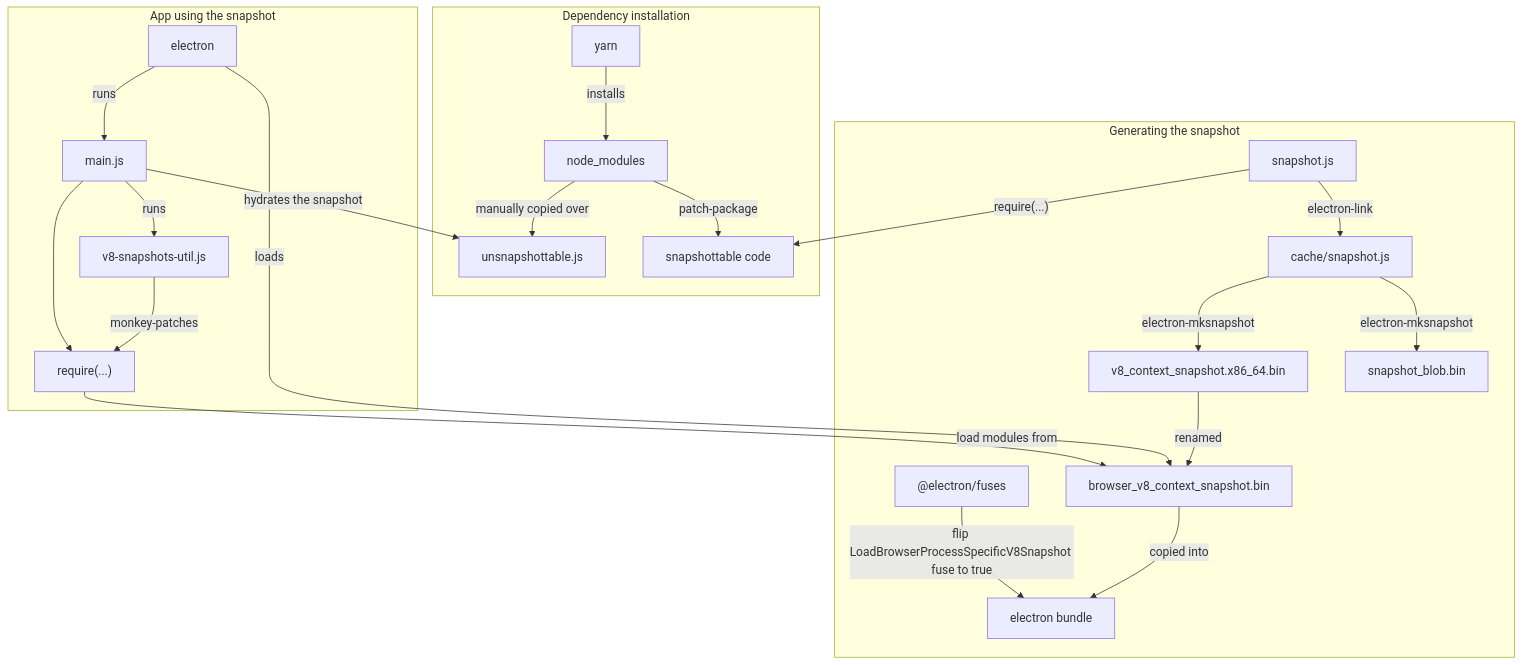
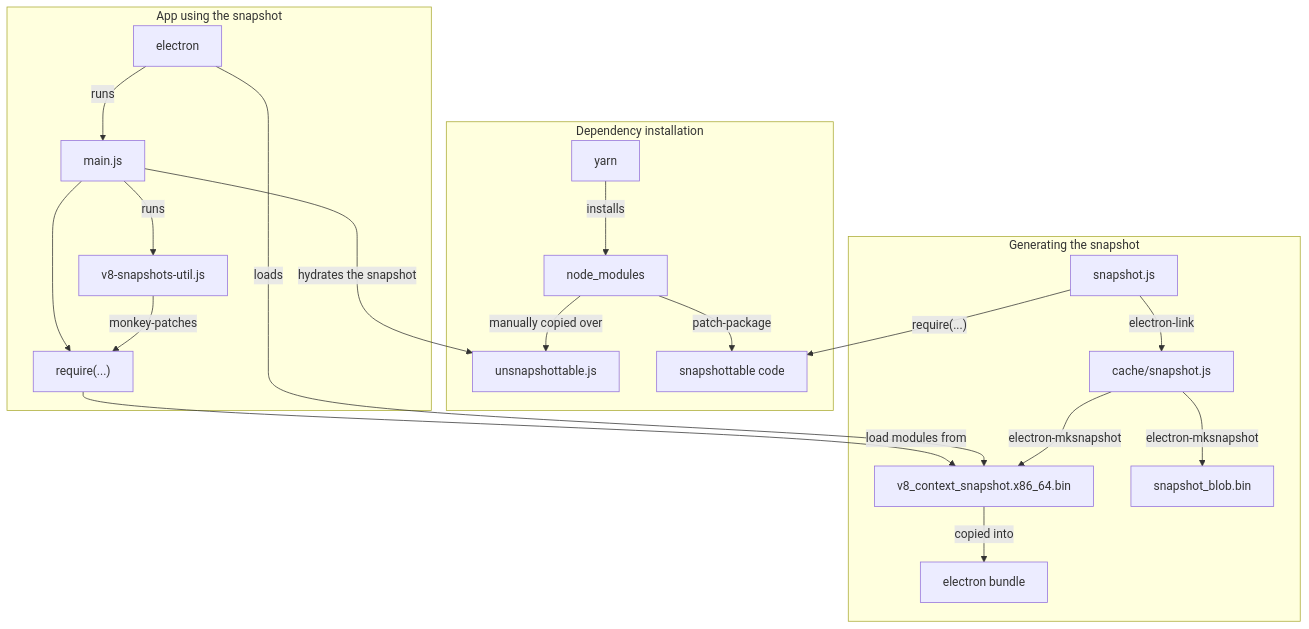
Before and after one commit to RaisinTen/electron-snapshot-experiment: the first of 4 diagrams in README.md, drawn with Mermaid. The commit also changed other lines of this file and 4 other files, not shown here.

````diff
--- a/README.md
+++ b/README.md
@@ -52,26 +52,24 @@
 ```mermaid
 flowchart TD
 
 subgraph Dependency installation
   yarn -- installs --> node_modules
   node_modules -- manually copied over --> unsnapshottable.js
   node_modules -- patch-package --> snapshottable-code["snapshottable code"]
 end
 
 subgraph Generating the snapshot
   snapshot.js -- require(...) --> snapshottable-code
   snapshot.js -- electron-link --> cache/snapshot.js
   cache/snapshot.js -- electron-mksnapshot --> v8_context_snapshot.x86_64.bin & snapshot_blob.bin
-  v8_context_snapshot.x86_64.bin -- renamed --> browser_v8_context_snapshot.bin
-  browser_v8_context_snapshot.bin -- copied into --> electron-bundle["electron bundle"]
-  electron-fuses["@electron/fuses"] -- flip LoadBrowserProcessSpecificV8Snapshot fuse to true --> electron-bundle
+  v8_context_snapshot.x86_64.bin -- copied into --> electron-bundle["electron bundle"]
 end
 
 subgraph App using the snapshot
-  electron -- loads --> browser_v8_context_snapshot.bin
+  electron -- loads --> v8_context_snapshot.x86_64.bin
   electron -- runs --> main.js -- runs --> v8-snapshots-util.js
-  v8-snapshots-util.js -- monkey-patches --> require["require(...)"] -- load modules from --> browser_v8_context_snapshot.bin
+  v8-snapshots-util.js -- monkey-patches --> require["require(...)"] -- load modules from --> v8_context_snapshot.x86_64.bin
   main.js -- hydrates the snapshot --> unsnapshottable.js
   main.js --> require
 end
 ```
````
